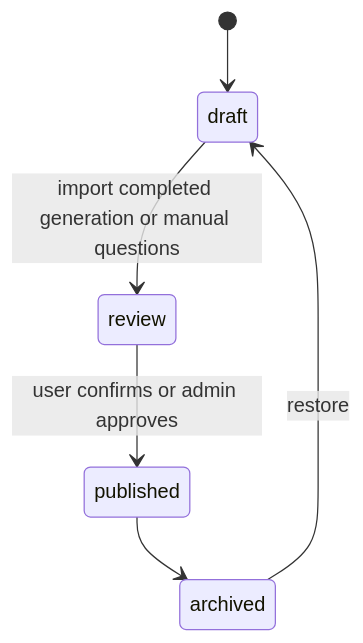
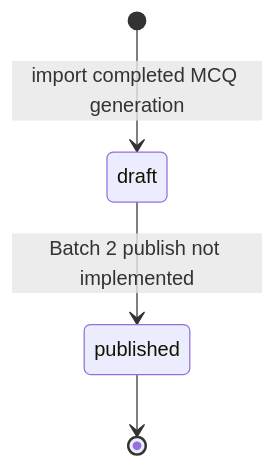
The third of 4 diagrams in docs/architecture/FLOW.md (1aghismuhammad/Quiestion-Bank-), drawn with Mermaid before and after one commit. The commit also changed other lines of this file and 40 other files, not shown here.

````diff
--- a/docs/architecture/FLOW.md
+++ b/docs/architecture/FLOW.md
@@ -133,8 +135,6 @@
 ```mermaid
 stateDiagram-v2
-    [*] --> draft
-    draft --> review: import completed generation or manual questions
-    review --> published: user confirms or admin approves
-    published --> archived
-    archived --> draft: restore
+    [*] --> draft: import completed MCQ generation
+    draft --> published: Batch 2 publish not implemented
+    published --> [*]
 ```
````
